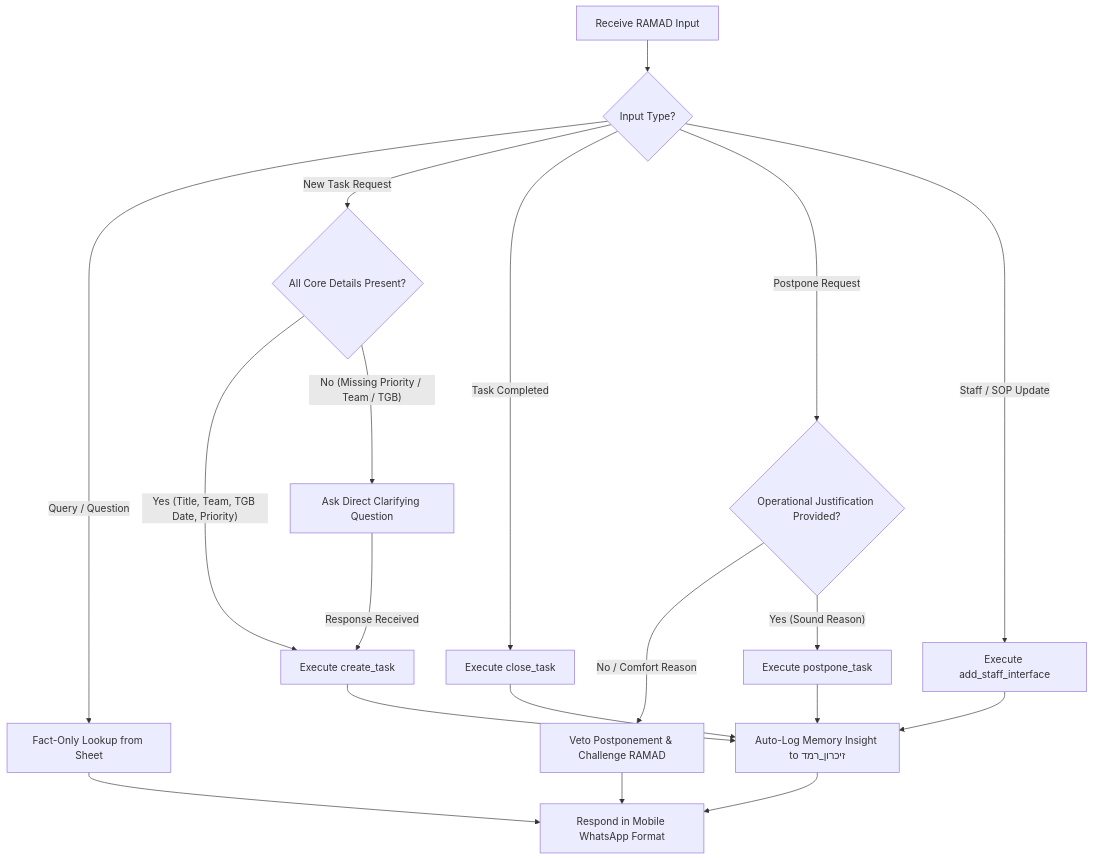
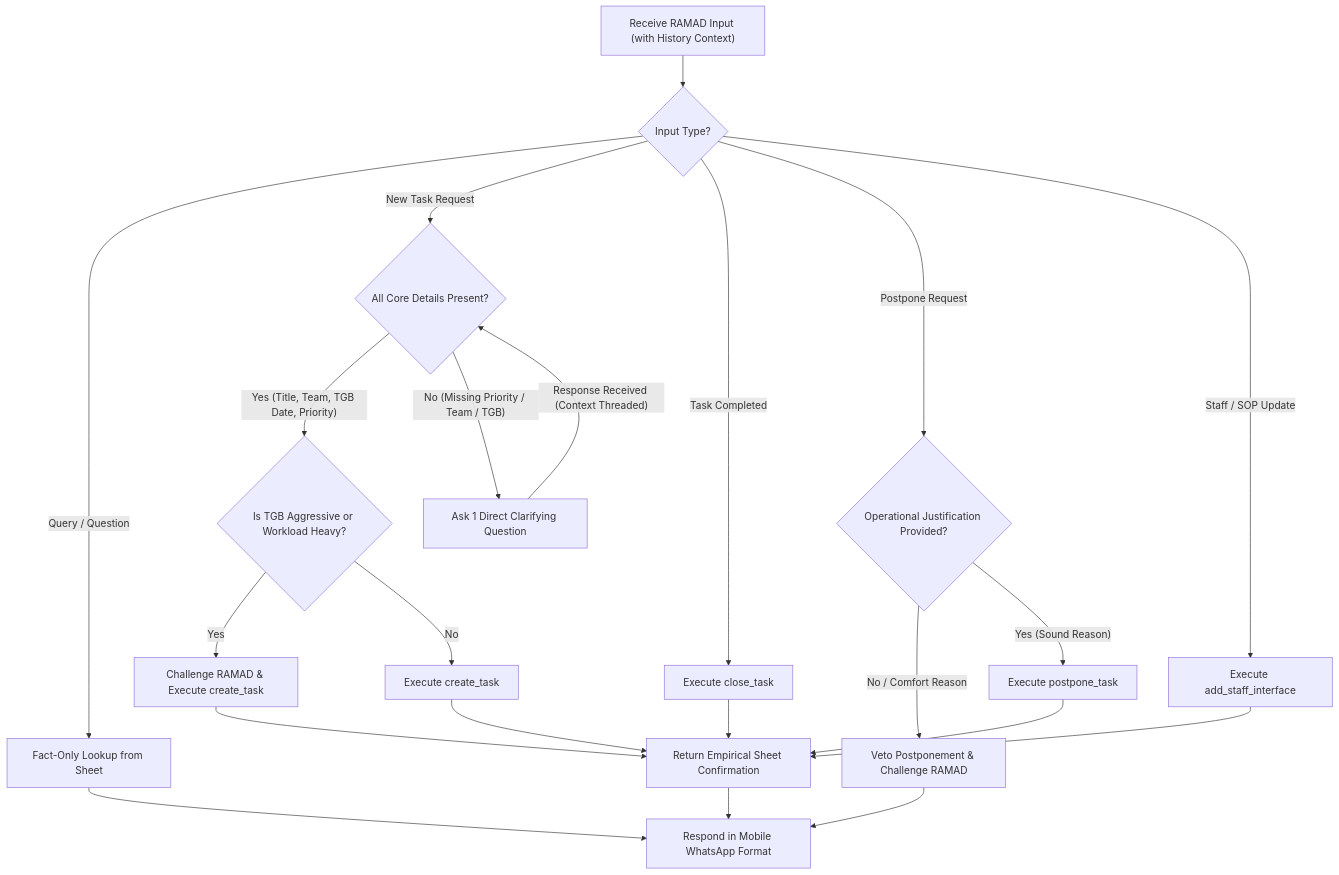
The diagram in .agents/skills/ramad-audit-agent/SKILL.md (netanelC/ramad-agent), drawn with Mermaid before and after one commit. The commit also changed other lines of this file and 8 other files, not shown here.

````diff
--- a/.agents/skills/ramad-audit-agent/SKILL.md
+++ b/.agents/skills/ramad-audit-agent/SKILL.md
@@ -59,22 +62,25 @@
 ```mermaid
 flowchart TD
-    A["Receive RAMAD Input"] --> B{"Input Type?"}
+    A["Receive RAMAD Input (with History Context)"] --> B{"Input Type?"}
     B -- "Query / Question" --> C["Fact-Only Lookup from Sheet"]
     B -- "New Task Request" --> D{"All Core Details Present?"}
-    D -- "Yes (Title, Team, TGB Date, Priority)" --> E["Execute create_task"]
-    D -- "No (Missing Priority / Team / TGB)" --> F["Ask Direct Clarifying Question"]
-    F -- "Response Received" --> E
-    B -- "Task Completed" --> G["Execute close_task"]
-    B -- "Postpone Request" --> H{"Operational Justification Provided?"}
-    H -- "No / Comfort Reason" --> I["Veto Postponement & Challenge RAMAD"]
-    H -- "Yes (Sound Reason)" --> J["Execute postpone_task"]
-    B -- "Staff / SOP Update" --> K["Execute add_staff_interface"]
+    D -- "Yes (Title, Team, TGB Date, Priority)" --> E{"Is TGB Aggressive or Workload Heavy?"}
+    E -- "Yes" --> F["Challenge RAMAD & Execute create_task"]
+    E -- "No" --> G["Execute create_task"]
+    D -- "No (Missing Priority / Team / TGB)" --> H["Ask 1 Direct Clarifying Question"]
+    H -- "Response Received (Context Threaded)" --> D
+    B -- "Task Completed" --> I["Execute close_task"]
+    B -- "Postpone Request" --> J{"Operational Justification Provided?"}
+    J -- "No / Comfort Reason" --> K["Veto Postponement & Challenge RAMAD"]
+    J -- "Yes (Sound Reason)" --> L["Execute postpone_task"]
+    B -- "Staff / SOP Update" --> M["Execute add_staff_interface"]
     
-    E --> L["Auto-Log Memory Insight to זיכרון_רמד"]
-    G --> L
-    J --> L
-    K --> L
-    C --> M["Respond in Mobile WhatsApp Format"]
-    I --> M
-    L --> M
+    F --> N["Return Empirical Sheet Confirmation"]
+    G --> N
+    I --> N
+    L --> N
+    M --> N
+    C --> O["Respond in Mobile WhatsApp Format"]
+    K --> O
+    N --> O
 ```
````
